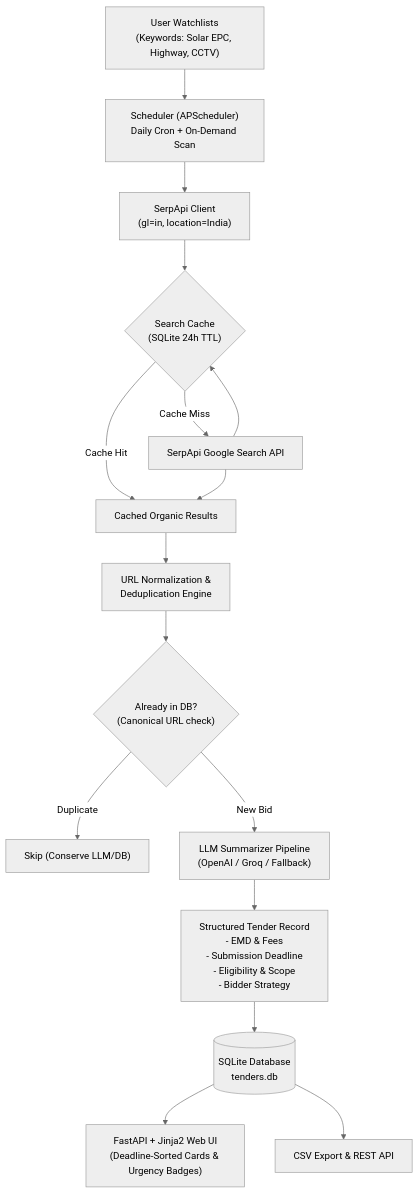
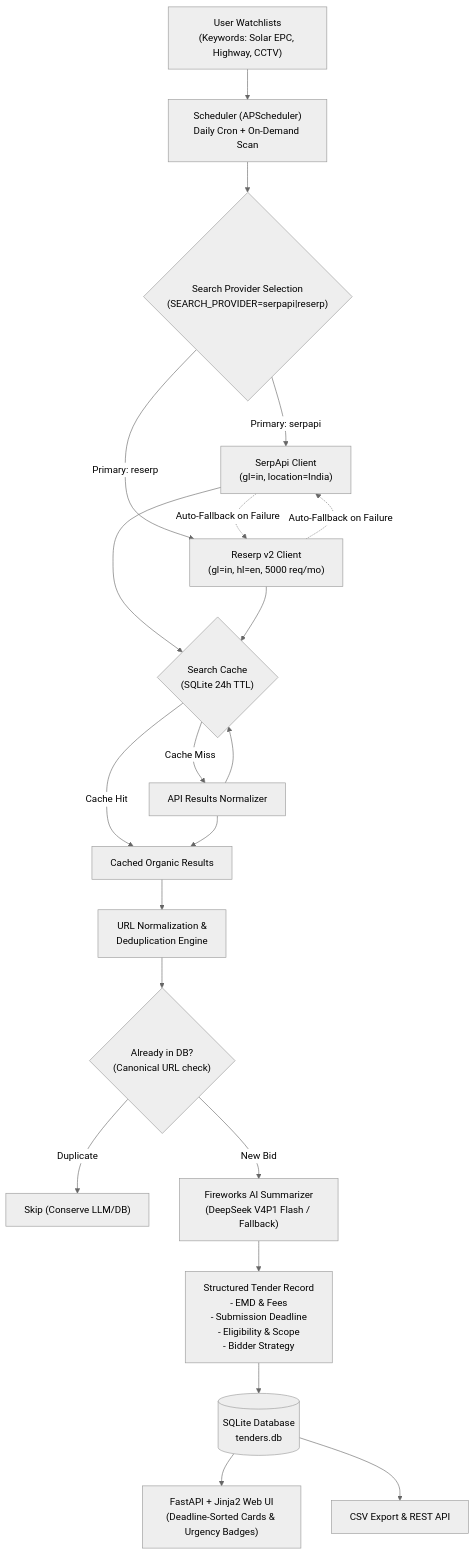
The diagram in README.md (Sourabh-Kumar04/TenderRadar), drawn with Mermaid (neutral theme) before and after one commit. The commit also changed other lines of this file and 11 other files, not shown here.

Commit message:
feat: integrate Reserp search provider fallback and Fireworks DeepSeek summarizer

````diff
--- a/README.md
+++ b/README.md
@@ -61,18 +96,23 @@
 ```mermaid
 flowchart TD
     A["User Watchlists\n(Keywords: Solar EPC, Highway, CCTV)"] --> B["Scheduler (APScheduler)\nDaily Cron + On-Demand Scan"]
-    B --> C["SerpApi Client\n(gl=in, location=India)"]
-    C --> D{"Search Cache\n(SQLite 24h TTL)"}
-    D -- "Cache Hit" --> E["Cached Organic Results"]
-    D -- "Cache Miss" --> F["SerpApi Google Search API"]
-    F --> D
-    F --> E
-    E --> G["URL Normalization &\nDeduplication Engine"]
-    G --> H{"Already in DB?\n(Canonical URL check)"}
-    H -- "Duplicate" --> I["Skip (Conserve LLM/DB)"]
-    H -- "New Bid" --> J["LLM Summarizer Pipeline\n(OpenAI / Groq / Fallback)"]
-    J --> K["Structured Tender Record\n- EMD & Fees\n- Submission Deadline\n- Eligibility & Scope\n- Bidder Strategy"]
-    K --> L[("SQLite Database\ntenders.db")]
-    L --> M["FastAPI + Jinja2 Web UI\n(Deadline-Sorted Cards & Urgency Badges)"]
-    L --> N["CSV Export & REST API"]
+    B --> C{"Search Provider Selection\n(SEARCH_PROVIDER=serpapi|reserp)"}
+    C -- "Primary: serpapi" --> D["SerpApi Client\n(gl=in, location=India)"]
+    C -- "Primary: reserp" --> E["Reserp v2 Client\n(gl=in, hl=en, 5000 req/mo)"]
+    D -. "Auto-Fallback on Failure" .-> E
+    E -. "Auto-Fallback on Failure" .-> D
+    D --> F{"Search Cache\n(SQLite 24h TTL)"}
+    E --> F
+    F -- "Cache Hit" --> G["Cached Organic Results"]
+    F -- "Cache Miss" --> H["API Results Normalizer"]
+    H --> F
+    H --> G
+    G --> I["URL Normalization &\nDeduplication Engine"]
+    I --> J{"Already in DB?\n(Canonical URL check)"}
+    J -- "Duplicate" --> K["Skip (Conserve LLM/DB)"]
+    J -- "New Bid" --> L["Fireworks AI Summarizer\n(DeepSeek V4P1 Flash / Fallback)"]
+    L --> M["Structured Tender Record\n- EMD & Fees\n- Submission Deadline\n- Eligibility & Scope\n- Bidder Strategy"]
+    M --> N[("SQLite Database\ntenders.db")]
+    N --> O["FastAPI + Jinja2 Web UI\n(Deadline-Sorted Cards & Urgency Badges)"]
+    N --> P["CSV Export & REST API"]
 ```
````
